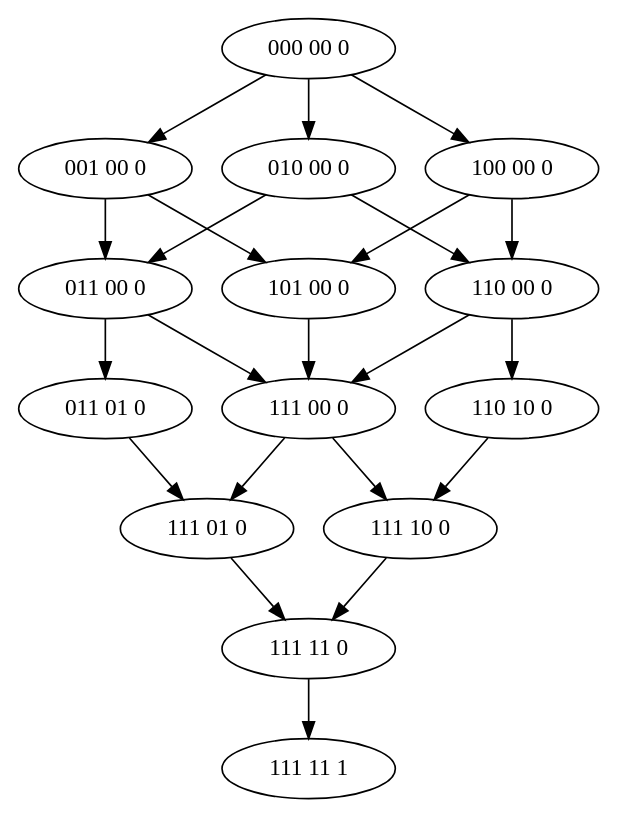
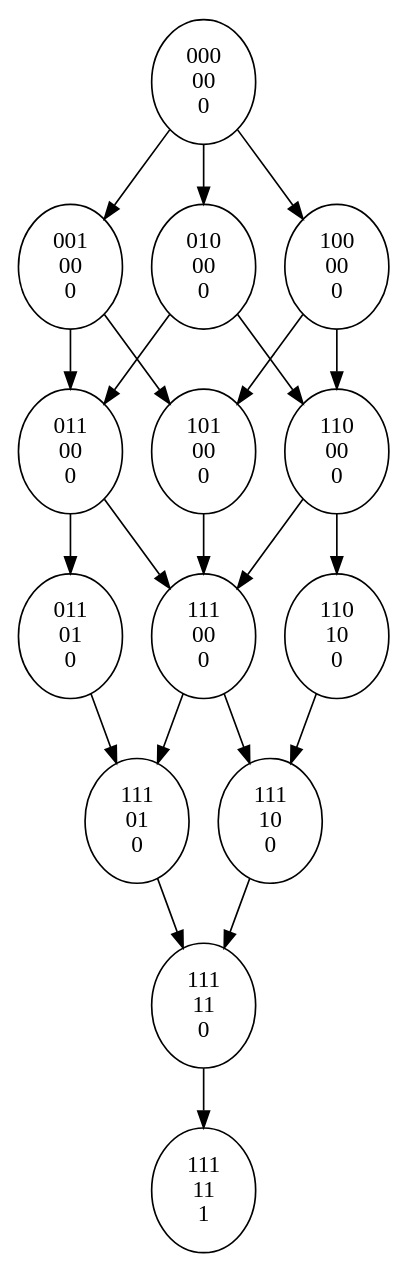
One commit to rbouckaert/irreversible changed the diagram in doc/figures/h3.dot. Above: the diagram before and after it, drawn with Graphviz. The commit also changed 6 other files, not shown here.

```diff
--- a/doc/figures/h3.dot
+++ b/doc/figures/h3.dot
@@ -1,23 +1,23 @@
 digraph {
-"000 00 0" -> "001 00 0";
-"000 00 0" -> "010 00 0";
-"000 00 0" -> "100 00 0";
-"001 00 0" -> "011 00 0";
-"001 00 0" -> "101 00 0";
-"010 00 0" -> "011 00 0";
-"010 00 0" -> "110 00 0";
-"011 00 0" -> "011 01 0";
-"011 00 0" -> "111 00 0";
-"011 01 0" -> "111 01 0";
-"100 00 0" -> "101 00 0";
-"100 00 0" -> "110 00 0";
-"101 00 0" -> "111 00 0";
-"110 00 0" -> "110 10 0";
-"110 00 0" -> "111 00 0";
-"110 10 0" -> "111 10 0";
-"111 00 0" -> "111 01 0";
-"111 00 0" -> "111 10 0";
-"111 01 0" -> "111 11 0";
-"111 10 0" -> "111 11 0";
-"111 11 0" -> "111 11 1";
+"000\n00\n0" -> "001\n00\n0";
+"000\n00\n0" -> "010\n00\n0";
+"000\n00\n0" -> "100\n00\n0";
+"001\n00\n0" -> "011\n00\n0";
+"001\n00\n0" -> "101\n00\n0";
+"010\n00\n0" -> "011\n00\n0";
+"010\n00\n0" -> "110\n00\n0";
+"011\n00\n0" -> "011\n01\n0";
+"011\n00\n0" -> "111\n00\n0";
+"011\n01\n0" -> "111\n01\n0";
+"100\n00\n0" -> "101\n00\n0";
+"100\n00\n0" -> "110\n00\n0";
+"101\n00\n0" -> "111\n00\n0";
+"110\n00\n0" -> "110\n10\n0";
+"110\n00\n0" -> "111\n00\n0";
+"110\n10\n0" -> "111\n10\n0";
+"111\n00\n0" -> "111\n01\n0";
+"111\n00\n0" -> "111\n10\n0";
+"111\n01\n0" -> "111\n11\n0";
+"111\n10\n0" -> "111\n11\n0";
+"111\n11\n0" -> "111\n11\n1";
 }
```
